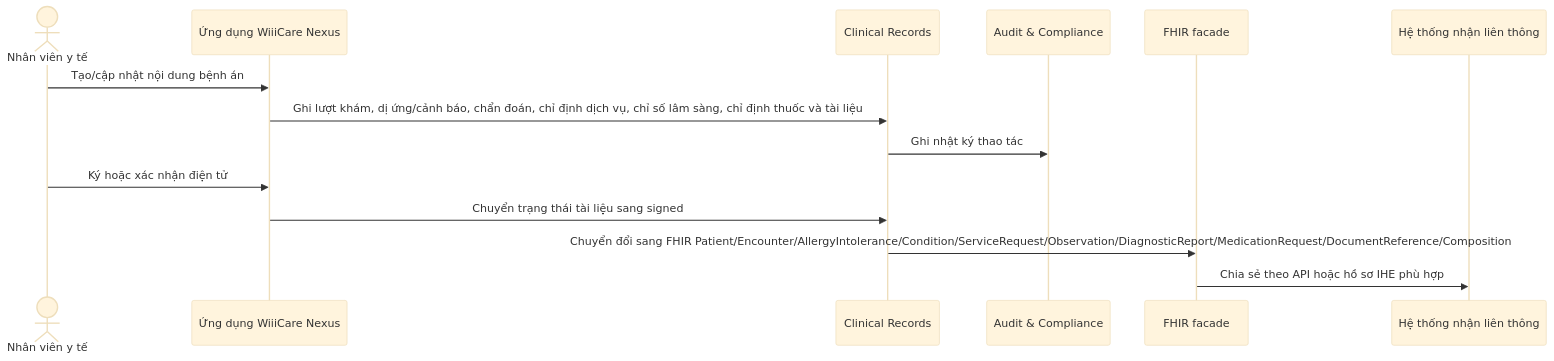
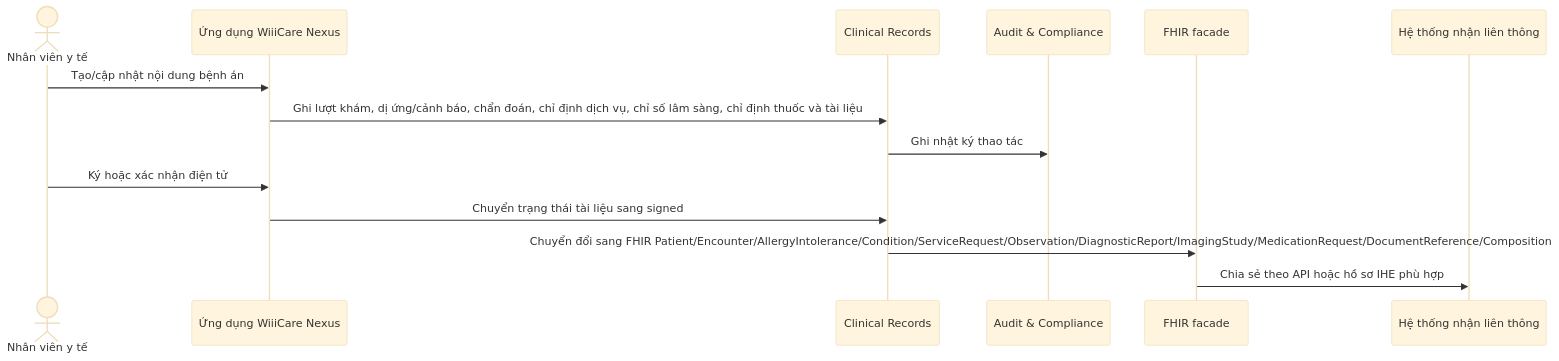
The second of 2 diagrams in docs/ARCHITECTURE.md (meiiie/benh_vien), drawn with Mermaid (base theme) before and after one commit. The commit also changed other lines of this file and 34 other files, not shown here.

````diff
--- a/docs/ARCHITECTURE.md
+++ b/docs/ARCHITECTURE.md
@@ -59,17 +59,17 @@
 ```mermaid
 sequenceDiagram
   actor User as Nhân viên y tế
   participant App as Ứng dụng WiiiCare Nexus
   participant EMR as Clinical Records
   participant Audit as Audit & Compliance
   participant FHIR as FHIR facade
   participant Partner as Hệ thống nhận liên thông
 
   User->>App: Tạo/cập nhật nội dung bệnh án
   App->>EMR: Ghi lượt khám, dị ứng/cảnh báo, chẩn đoán, chỉ định dịch vụ, chỉ số lâm sàng, chỉ định thuốc và tài liệu
   EMR->>Audit: Ghi nhật ký thao tác
   User->>App: Ký hoặc xác nhận điện tử
   App->>EMR: Chuyển trạng thái tài liệu sang signed
-  EMR->>FHIR: Chuyển đổi sang FHIR Patient/Encounter/AllergyIntolerance/Condition/ServiceRequest/Observation/DiagnosticReport/MedicationRequest/DocumentReference/Composition
+  EMR->>FHIR: Chuyển đổi sang FHIR Patient/Encounter/AllergyIntolerance/Condition/ServiceRequest/Observation/DiagnosticReport/ImagingStudy/MedicationRequest/DocumentReference/Composition
   FHIR->>Partner: Chia sẻ theo API hoặc hồ sơ IHE phù hợp
 ```
````
